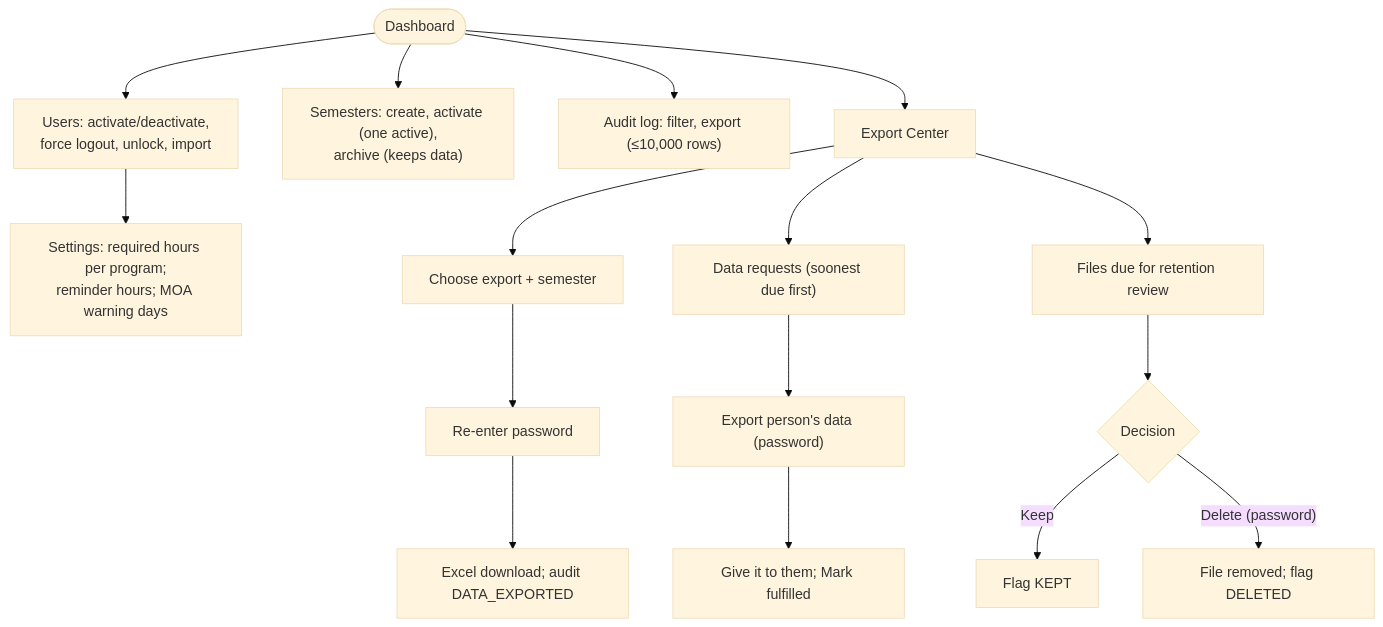
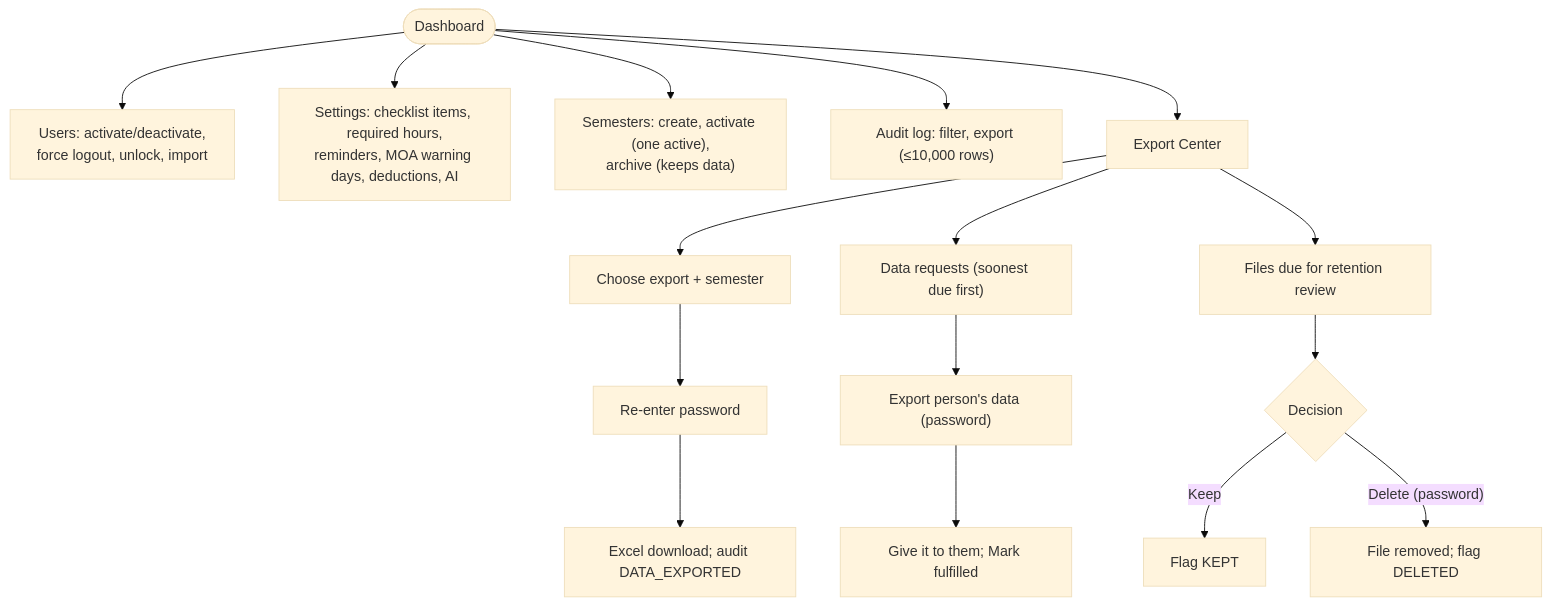
The sixth of 21 diagrams in docs/system/13-app-flow.md (team-beacon-slu/idsms-cis), drawn with Mermaid (base theme) before and after one commit. The commit also changed other lines of this file and 21 other files, not shown here.

````diff
--- a/docs/system/13-app-flow.md
+++ b/docs/system/13-app-flow.md
@@ -223,16 +239,16 @@
 ```mermaid
 flowchart TD
     A0([Dashboard]) --> A1["Users: activate/deactivate,<br/>force logout, unlock, import"]
-    A1 --> A2["Settings: required hours per program;<br/>reminder hours; MOA warning days"]
+    A0 --> A2["Settings: checklist items, required hours,<br/>reminders, MOA warning days, deductions, AI"]
     A0 --> A3["Semesters: create, activate (one active),<br/>archive (keeps data)"]
     A0 --> A4["Audit log: filter, export (≤10,000 rows)"]
     A0 --> A5["Export Center"]
     A5 --> A6["Choose export + semester"]
     A6 --> A7["Re-enter password"] --> A8["Excel download; audit DATA_EXPORTED"]
     A5 --> D1["Data requests (soonest due first)"]
     D1 --> D2["Export person's data (password)"] --> D3["Give it to them; Mark fulfilled"]
     A5 --> R1["Files due for retention review"]
     R1 --> R2{Decision}
     R2 -- Keep --> R3["Flag KEPT"]
     R2 -- "Delete (password)" --> R4["File removed; flag DELETED"]
 ```
````
